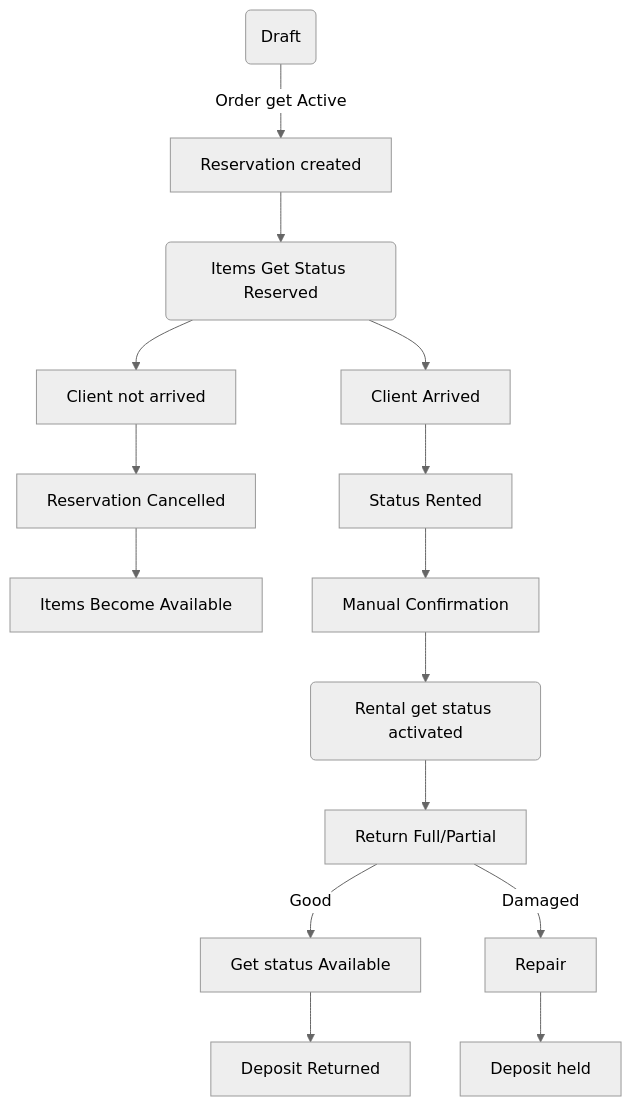
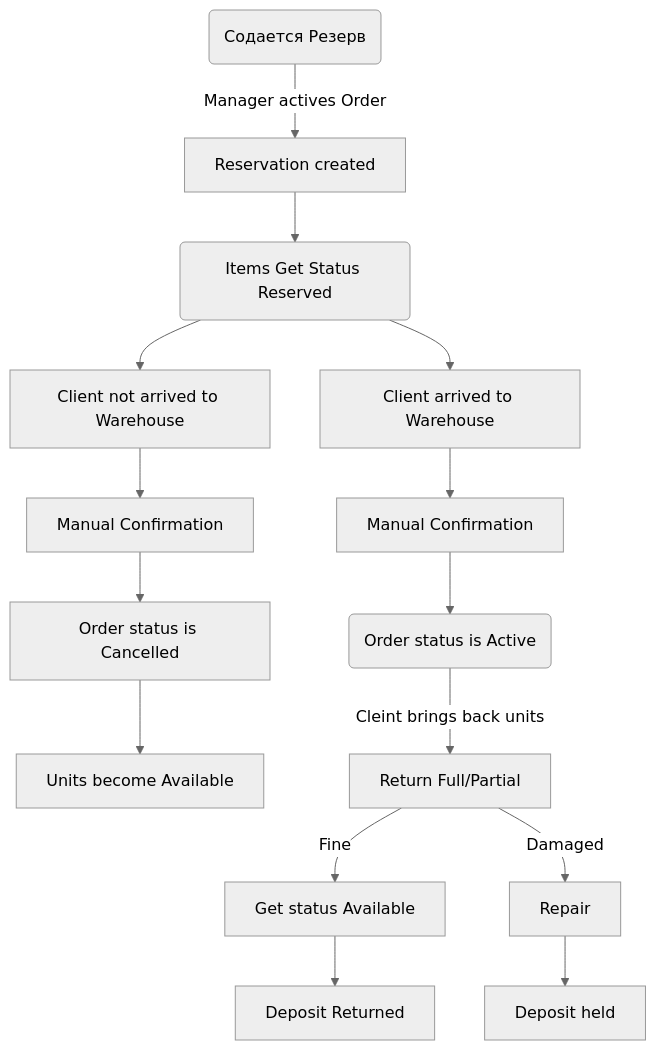
One commit to Diamko94/rentals1 changed the diagram in Flowchart.md. Above: the diagram before and after it, drawn with Mermaid (neutral theme).

````diff
--- a/Flowchart.md
+++ b/Flowchart.md
@@ -1,25 +1,25 @@
 ```mermaid
 flowchart TD
 
     %% Бронироваие
-    A(Draft) -->|Order get Active| B[Reservation created]
+    A(Содается Резерв) -->|Manager actives Order| B[Reservation created]
     B --> C(Items Get Status Reserved)
 
     %% Выдача
-    C --> G[Client Arrived]
-    G --> H[Status Rented]
-    C --> D[Client not arrived]
-    D --> E[Reservation Cancelled]
-    E --> Z[Items Become Available]
-    H --> I[Manual Confirmation]
-    I --> J(Rental get status activated)
+    C --> G[Client arrived to Warehouse]
+    G --> I[Manual Confirmation]
+    C --> D[Client not arrived to Warehouse]
+    D --> E[Manual Confirmation]
+    E --> F[Order status is Cancelled]
+    F --> Z[Units become Available]
+    I --> J(Order status is Active)
 
     %% Возврат
-    J --> K[Return Full/Partial]
-    K -->|Good| M[Get status Available]
+    J -->|Cleint brings back units| K[Return Full/Partial]
+    K -->|Fine| M[Get status Available]
     K -->|Damaged| N[Repair]
 
     %% Расчет
     M --> O[Deposit Returned]
     N --> P[Deposit held]
 ```
````
